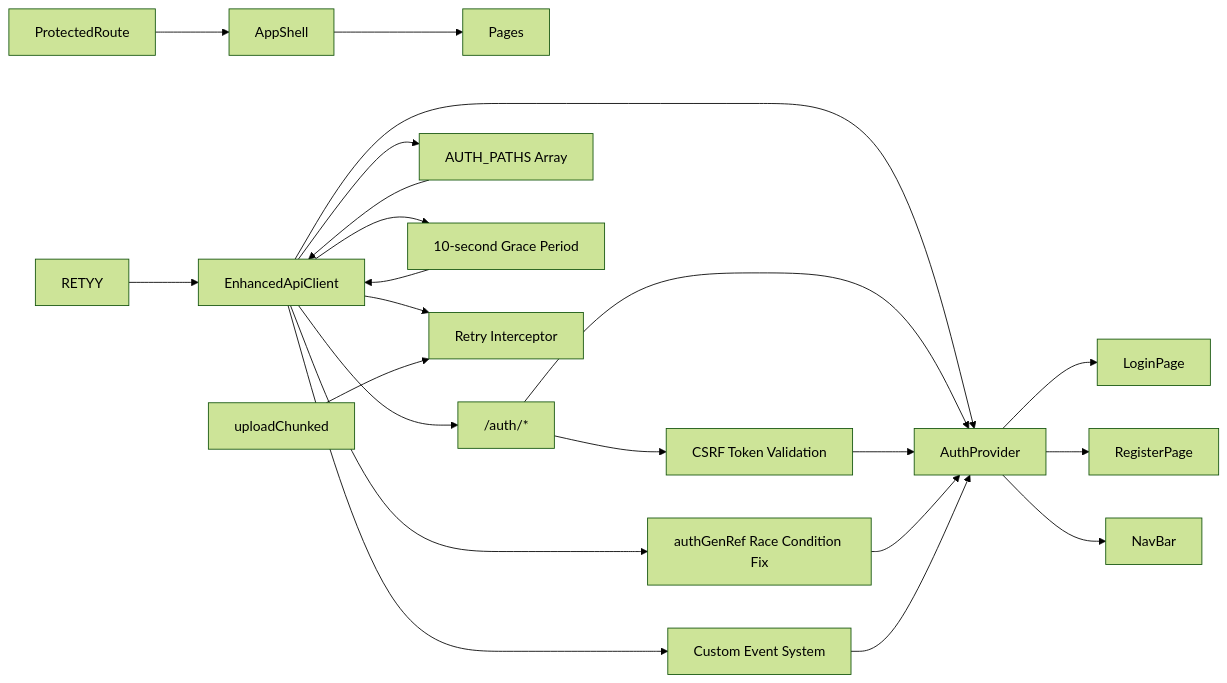
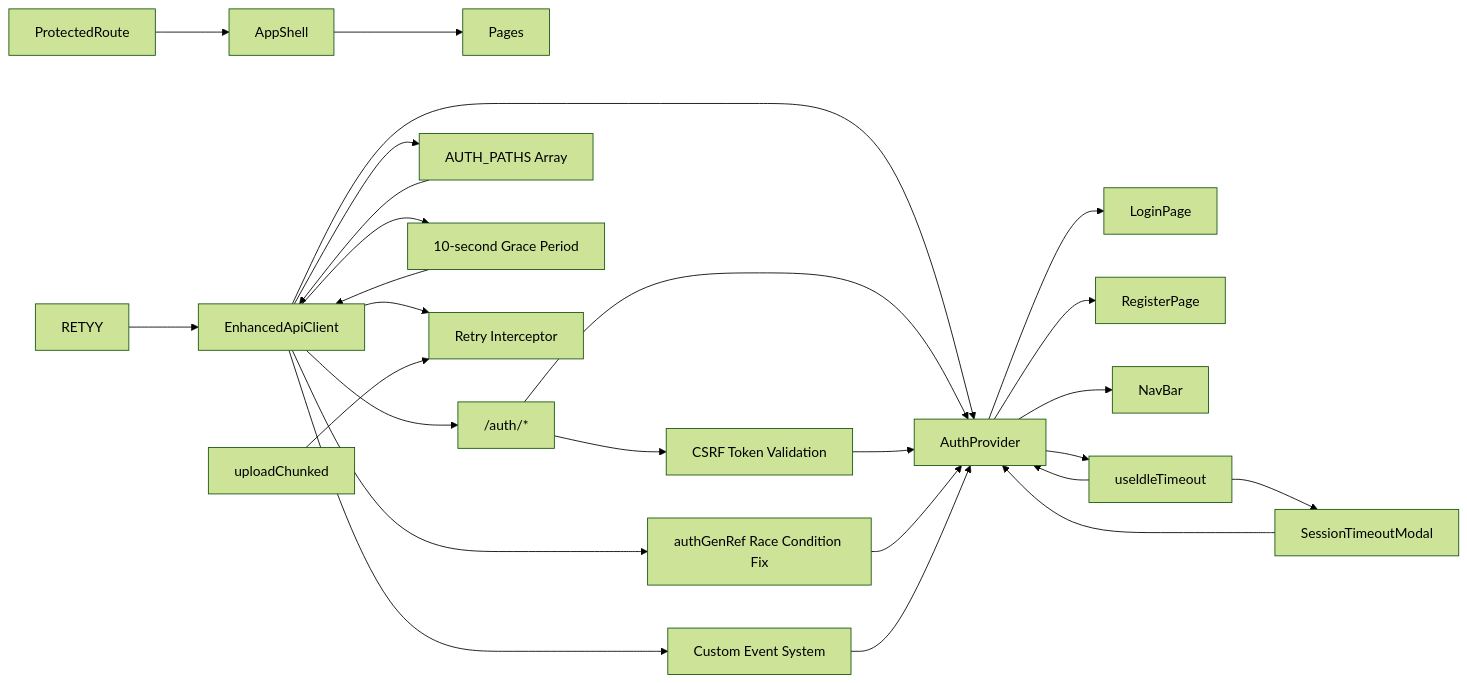
One commit to Revanththetalogics/aireume changed diagram 17 of 17 in .qoder/repowiki/en/content/Authentication & Authorization/Frontend Authentication Context.md. Above: the diagram before and after it, drawn with Mermaid (forest theme). The commit also changed other lines of this file and 5 other files, not shown here.

````diff
--- a/.qoder/repowiki/en/content/Authentication & Authorization/Frontend Authentication Context.md
+++ b/.qoder/repowiki/en/content/Authentication & Authorization/Frontend Authentication Context.md
@@ -603,24 +830,28 @@
 ```mermaid
 graph LR
 AuthProvider --> LoginPage
 AuthProvider --> RegisterPage
 AuthProvider --> NavBar
+AuthProvider --> useIdleTimeout
 ProtectedRoute --> AppShell
 AppShell --> Pages
 EnhancedApiClient --> AuthProvider
 EnhancedApiClient --> BackendAuth["/auth/*"]
 EnhancedApiClient --> AUTH_PATHS["AUTH_PATHS Array"]
 EnhancedApiClient --> RACE["authGenRef Race Condition Fix"]
 EnhancedApiClient --> GRACE["10-second Grace Period"]
 EnhancedApiClient --> RETRY["Retry Interceptor"]
 EnhancedApiClient --> CUSTOM["Custom Event System"]
+useIdleTimeout --> SessionTimeoutModal
+useIdleTimeout --> AuthProvider
+SessionTimeoutModal --> AuthProvider
 uploadChunked --> RETRY
 BackendAuth --> AuthProvider
 BackendAuth --> CSRF["CSRF Token Validation"]
 CSRF --> AuthProvider
 AUTH_PATHS --> EnhancedApiClient
 RACE --> AuthProvider
 GRACE --> EnhancedApiClient
 CUSTOM --> AuthProvider
 RETYY --> EnhancedApiClient
 ```
````
